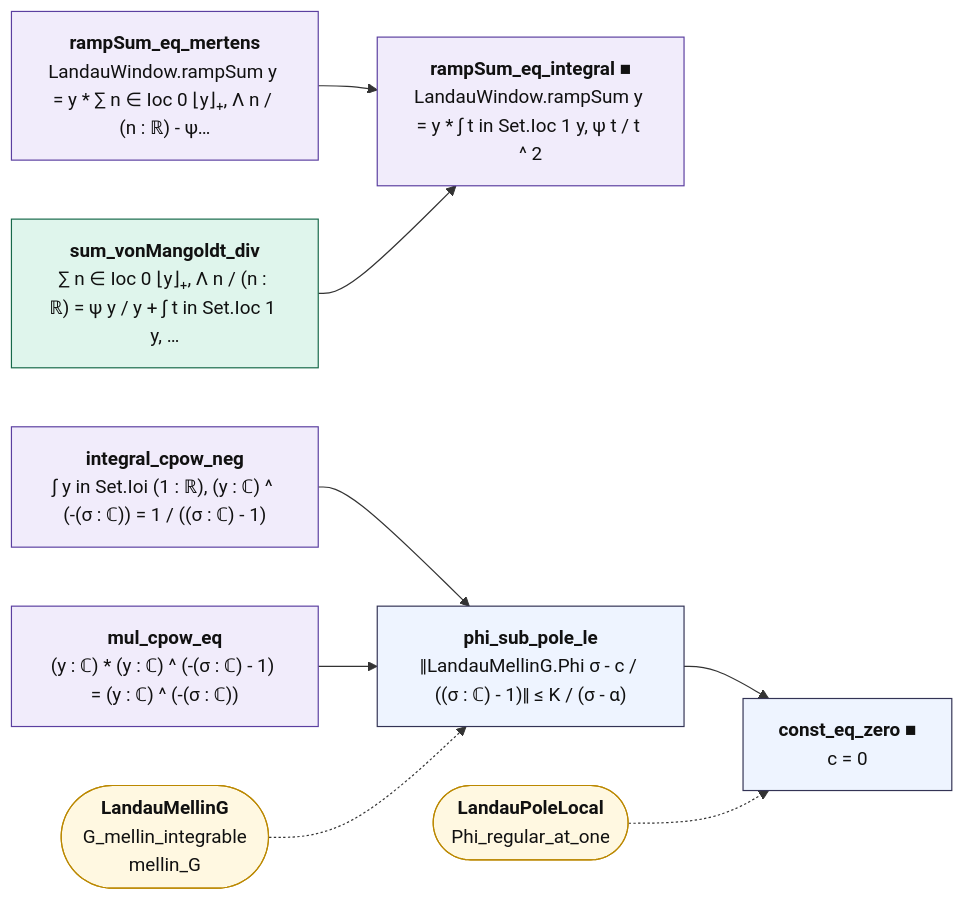
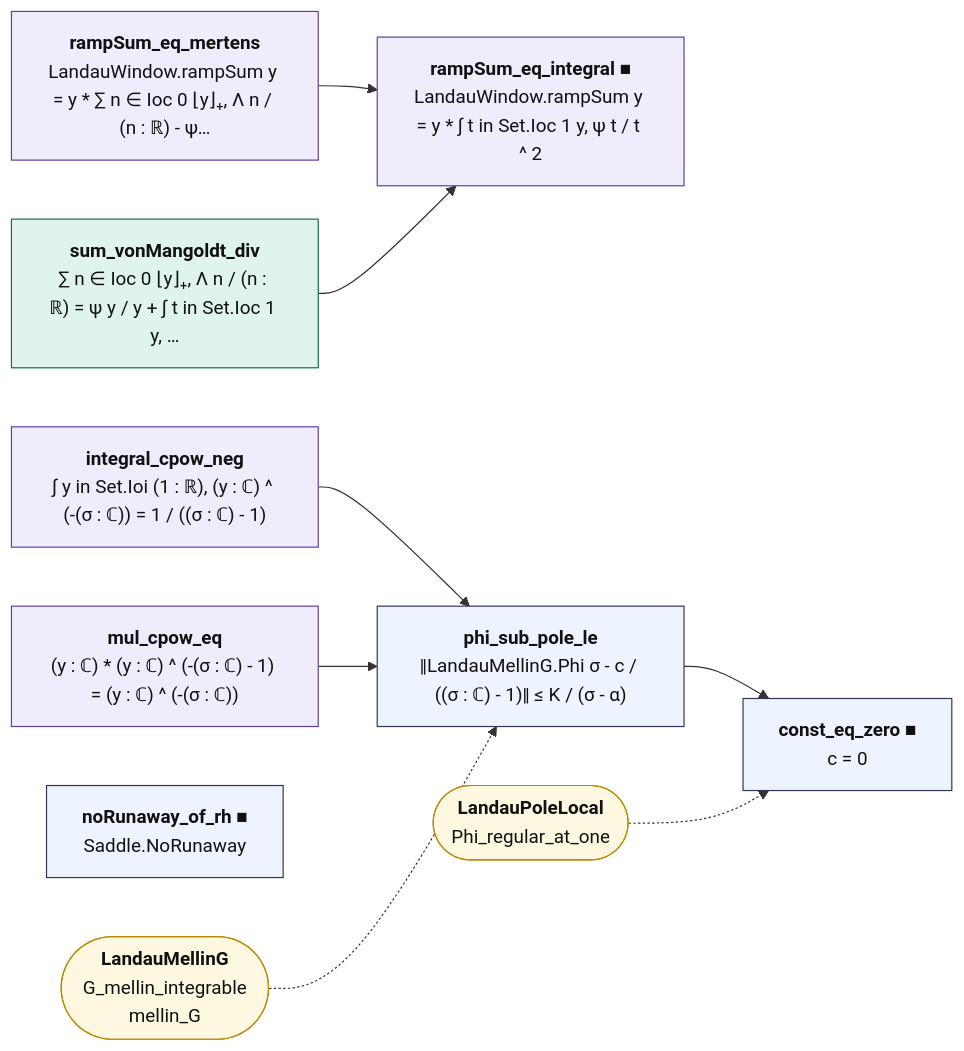
The diagram in map/lean_stage3/WindowsOfRH.mmd (juliansambranojr/Primebeat_081426), drawn with Mermaid before and after one commit. The commit also changed 11 other files, not shown here.

```diff
--- a/map/lean_stage3/WindowsOfRH.mmd
+++ b/map/lean_stage3/WindowsOfRH.mmd
@@ -1,25 +1,26 @@
 flowchart LR
   n0["<b>rampSum_eq_mertens</b><br/>LandauWindow.rampSum y = y * ∑ n ∈ Ioc 0 ⌊y⌋₊, Λ n / (n : ℝ) - ψ…"]:::shp
   n1["<b>sum_vonMangoldt_div</b><br/>∑ n ∈ Ioc 0 ⌊y⌋₊, Λ n / (n : ℝ) = ψ y / y + ∫ t in Set.Ioc 1 y, …"]:::cnt
   n2["<b>rampSum_eq_integral ■</b><br/>LandauWindow.rampSum y = y * ∫ t in Set.Ioc 1 y, ψ t / t ^ 2"]:::shp
   n3["<b>integral_cpow_neg</b><br/>∫ y in Set.Ioi (1 : ℝ), (y : ℂ) ^ (-(σ : ℂ)) = 1 / ((σ : ℂ) - 1)"]:::shp
   n4["<b>mul_cpow_eq</b><br/>(y : ℂ) * (y : ℂ) ^ (-(σ : ℂ) - 1) = (y : ℂ) ^ (-(σ : ℂ))"]:::shp
   n5["<b>phi_sub_pole_le</b><br/>‖LandauMellinG.Phi σ - c / ((σ : ℂ) - 1)‖ ≤ K / (σ - α)"]:::thm
   n6["<b>const_eq_zero ■</b><br/>c = 0"]:::thm
+  n7["<b>noRunaway_of_rh ■</b><br/>Saddle.NoRunaway"]:::thm
   x0(["<b>LandauMellinG</b><br/>G_mellin_integrable<br/>mellin_G"]):::ext
   x1(["<b>LandauPoleLocal</b><br/>Phi_regular_at_one"]):::ext
   n0 --> n2
   n1 --> n2
   n3 --> n5
   n4 --> n5
   n5 --> n6
   x0 -.-> n5
   x1 -.-> n6
   classDef cnt fill:#dff5ec,stroke:#17694a,color:#111
   classDef shp fill:#f1ecfb,stroke:#5b3fa0,color:#111
   classDef rh fill:#ffe5e5,stroke:#c22,color:#111,stroke-width:2px
   classDef thm fill:#eef4ff,stroke:#335,color:#111
   classDef end_ fill:#e7f7e7,stroke:#2a7,color:#111,stroke-width:2px
   classDef lone fill:#fff,stroke:#999,color:#111,stroke-dasharray:4 3
   classDef bad fill:#ffe5e5,stroke:#c22,color:#111,stroke-width:2px
   classDef ext fill:#fff8e1,stroke:#b80,color:#111
```
